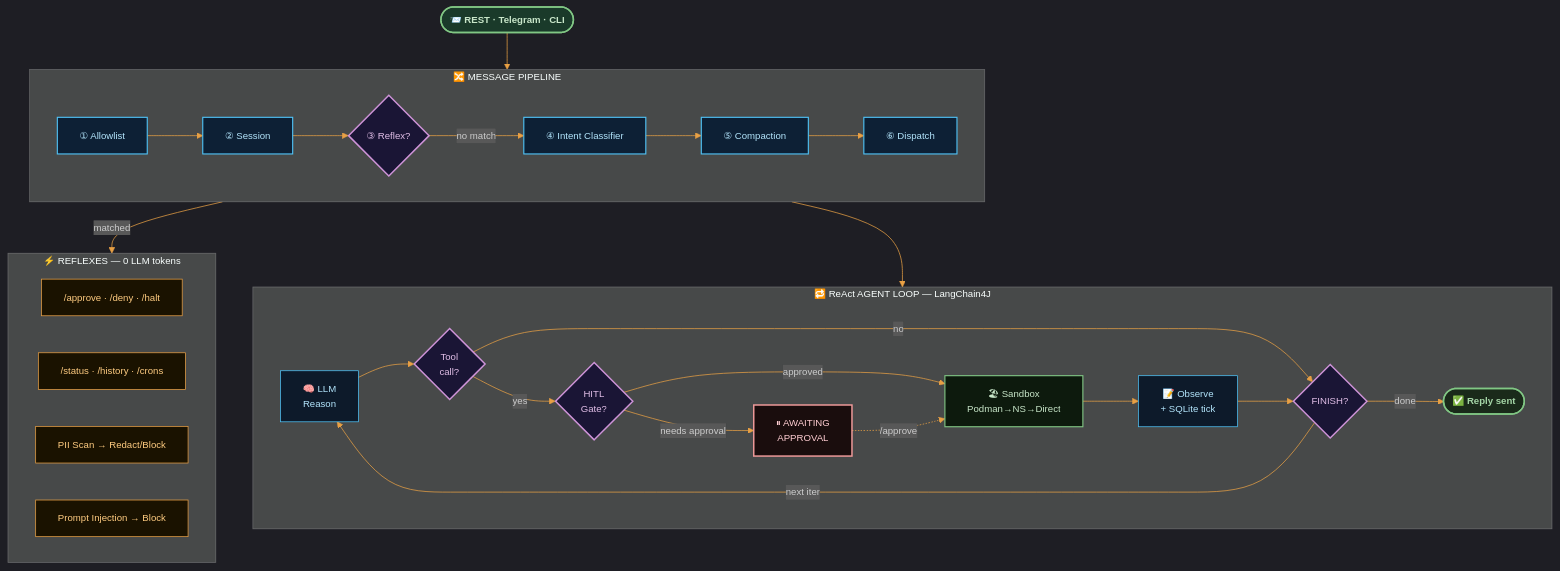
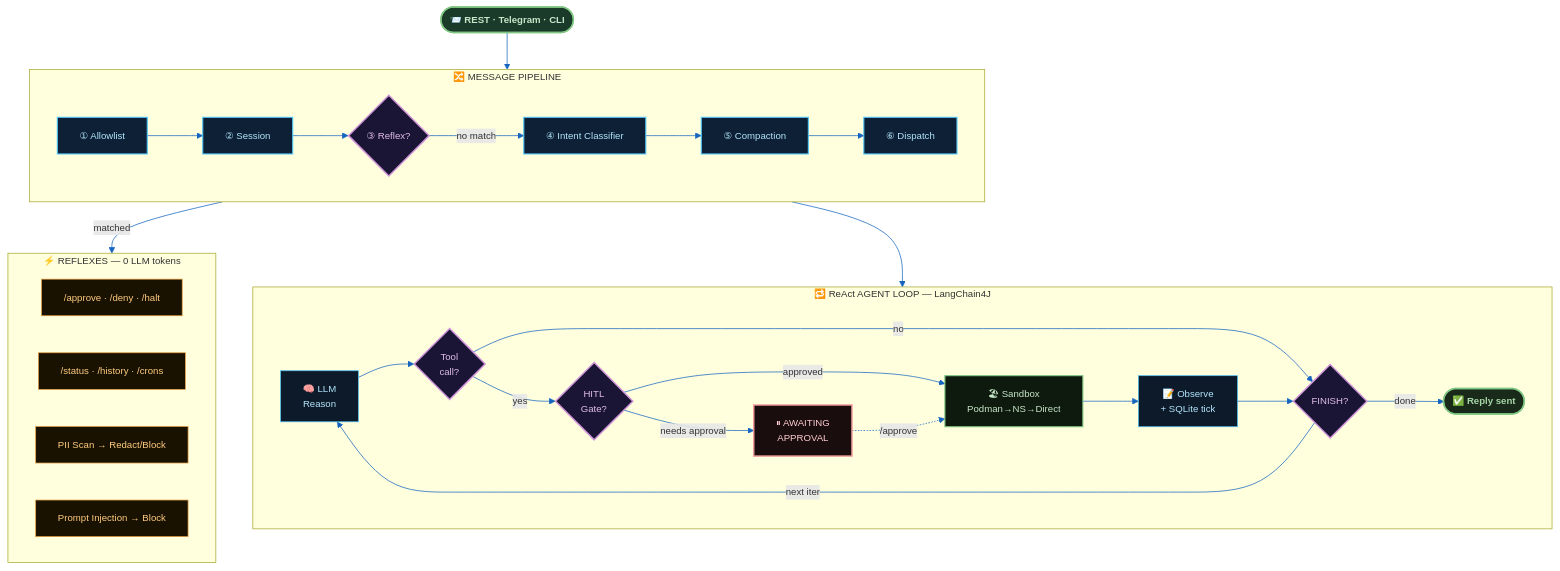
One commit to rsrini7/AmshaAgent changed the first of 8 diagrams in README.md. Above: the diagram before and after it, drawn with Mermaid. The commit also changed other lines of this file, not shown here.

Commit message:
docs: switch mermaid diagrams from dark to default theme

````diff
--- a/README.md
+++ b/README.md
@@ -68,60 +68,60 @@
 ```mermaid
-%%{init: {'theme': 'dark', 'themeVariables': {'primaryColor': '#1e2d45', 'primaryTextColor': '#c9d8ee', 'primaryBorderColor': '#4fc3f7', 'lineColor': '#e8a045', 'secondaryColor': '#0d1420', 'tertiaryColor': '#0d1420', 'fontSize': '13px'}}}%%
+%%{init: {'theme': 'default', 'themeVariables': {'primaryColor': '#e8f4fd', 'primaryTextColor': '#1a2a3a', 'primaryBorderColor': '#2196f3', 'lineColor': '#1565c0', 'activationBorderColor': '#1565c0', 'activationBkgColor': '#bbdefb', 'actorBkg': '#1565c0', 'actorBorder': '#0d47a1', 'actorTextColor': '#ffffff', 'actorLineColor': '#90caf9', 'signalColor': '#1565c0', 'signalTextColor': '#1a2a3a', 'labelBoxBkgColor': '#e3f2fd', 'labelBoxBorderColor': '#90caf9', 'labelTextColor': '#1a2a3a', 'loopTextColor': '#1a2a3a', 'noteBkgColor': '#fff8e1', 'noteBorderColor': '#f9a825', 'noteTextColor': '#4a3000', 'fontSize': '13px'}}}%%
 flowchart TD
     classDef entry fill:#1a3a2a,stroke:#81c784,stroke-width:2px,color:#c8e6c9,font-weight:bold
     classDef handler fill:#0d2035,stroke:#4fc3f7,stroke-width:1.5px,color:#b3e5fc
     classDef reflexOut fill:#1a1200,stroke:#e8a045,stroke-width:1px,color:#ffcc80
     classDef decision fill:#1a1535,stroke:#ce93d8,stroke-width:2px,color:#e1bee7
     classDef loop fill:#0d1a2a,stroke:#4fc3f7,stroke-width:1px,color:#b3e5fc
     classDef approval fill:#1a0d0d,stroke:#ef9a9a,stroke-width:2px,color:#ffcdd2
     classDef sandbox fill:#0d1a0d,stroke:#81c784,stroke-width:1.5px,color:#c8e6c9
     classDef result fill:#1a2a1a,stroke:#81c784,stroke-width:2px,color:#a5d6a7,font-weight:bold
 
     IN(["📨 REST · Telegram · CLI"]):::entry
 
     subgraph PIPELINE["🔀 MESSAGE PIPELINE"]
         direction LR
         P1["① Allowlist"]:::handler
         P2["② Session"]:::handler
         P3{"③ Reflex?"}:::decision
         P4["④ Intent Classifier"]:::handler
         P5["⑤ Compaction"]:::handler
         P6["⑥ Dispatch"]:::handler
     end
 
     subgraph REFLEXES["⚡ REFLEXES — 0 LLM tokens"]
         direction LR
         R1["/approve · /deny · /halt"]:::reflexOut
         R2["/status · /history · /crons"]:::reflexOut
         R3["PII Scan → Redact/Block"]:::reflexOut
         R4["Prompt Injection → Block"]:::reflexOut
     end
 
     subgraph REACT["🔁 ReAct AGENT LOOP — LangChain4J"]
         direction LR
         L1["🧠 LLM<br/>Reason"]:::loop
         L2{"Tool<br/>call?"}:::decision
         L3{"HITL<br/>Gate?"}:::decision
         L4["⏸ AWAITING<br/>APPROVAL"]:::approval
         L5["🏖 Sandbox<br/>Podman→NS→Direct"]:::sandbox
         L6["📝 Observe<br/>+ SQLite tick"]:::loop
         L7{"FINISH?"}:::decision
         L8(["✅ Reply sent"]):::result
     end
 
     IN --> PIPELINE
     P1 --> P2 --> P3
     P3 -->|"matched"| REFLEXES
     P3 -->|"no match"| P4 --> P5 --> P6
 
     P6 --> REACT
     L1 --> L2
     L2 -->|"no"| L7
     L2 -->|"yes"| L3
     L3 -->|"approved"| L5
     L3 -->|"needs approval"| L4
     L4 -.->|"/approve"| L5
     L5 --> L6 --> L7
     L7 -->|"next iter"| L1
     L7 -->|"done"| L8
 ```
````
